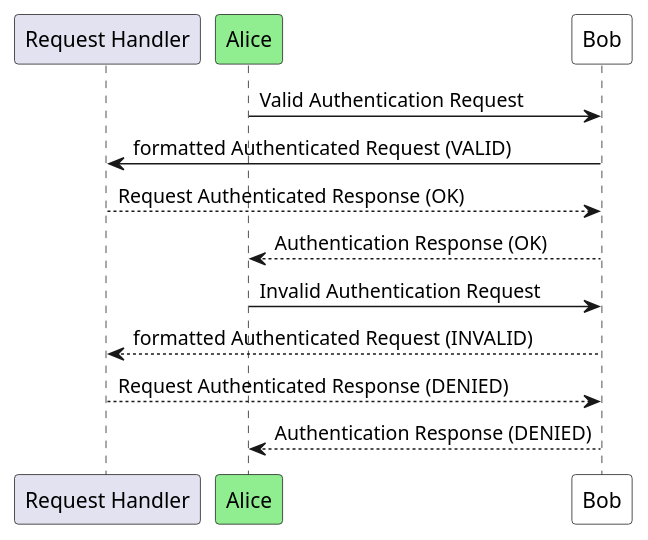
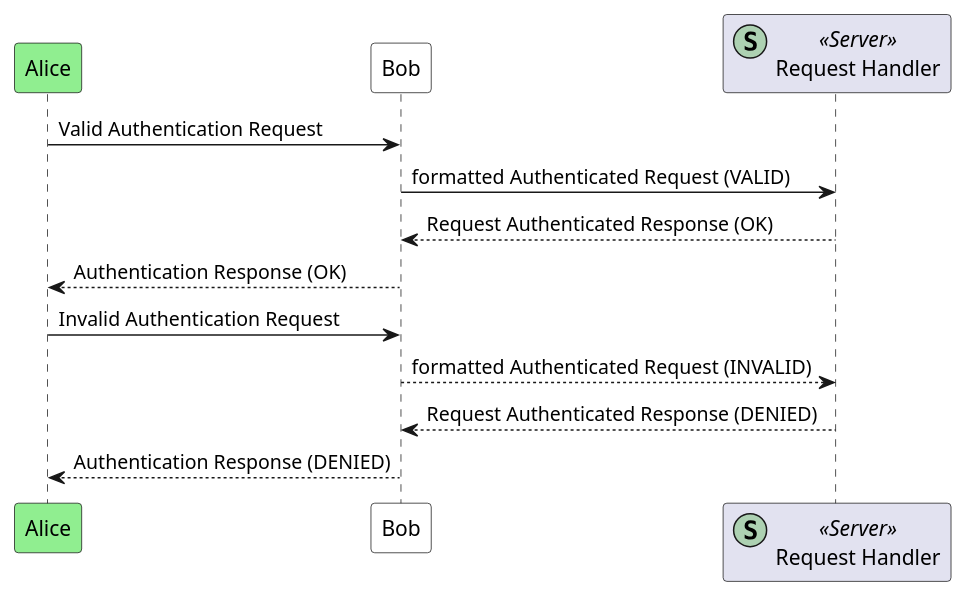
Before and after one commit to aanil/Group1Day1: the diagram in Server_response.md, drawn with PlantUML.

````diff
--- a/Server_response.md
+++ b/Server_response.md
@@ -1,19 +1,19 @@
 ```PlantUML
 @startuml
 
-participant "Request Handler" as RH
+participant "Request Handler" as RH << (S,#ADD1B2) Server >> order 3
 participant Alice #lightGreen
 participant Bob #white
 
 Alice -> Bob: Valid Authentication Request
 Bob -> RH: formatted Authenticated Request (VALID)
 RH --> Bob: Request Authenticated Response (OK)
 Bob --> Alice: Authentication Response (OK)
 
 Alice -> Bob: Invalid Authentication Request
 Bob --> RH: formatted Authenticated Request (INVALID)
 RH --> Bob: Request Authenticated Response (DENIED)
 Alice <-- Bob: Authentication Response (DENIED)
 
 @enduml
 ```
````
